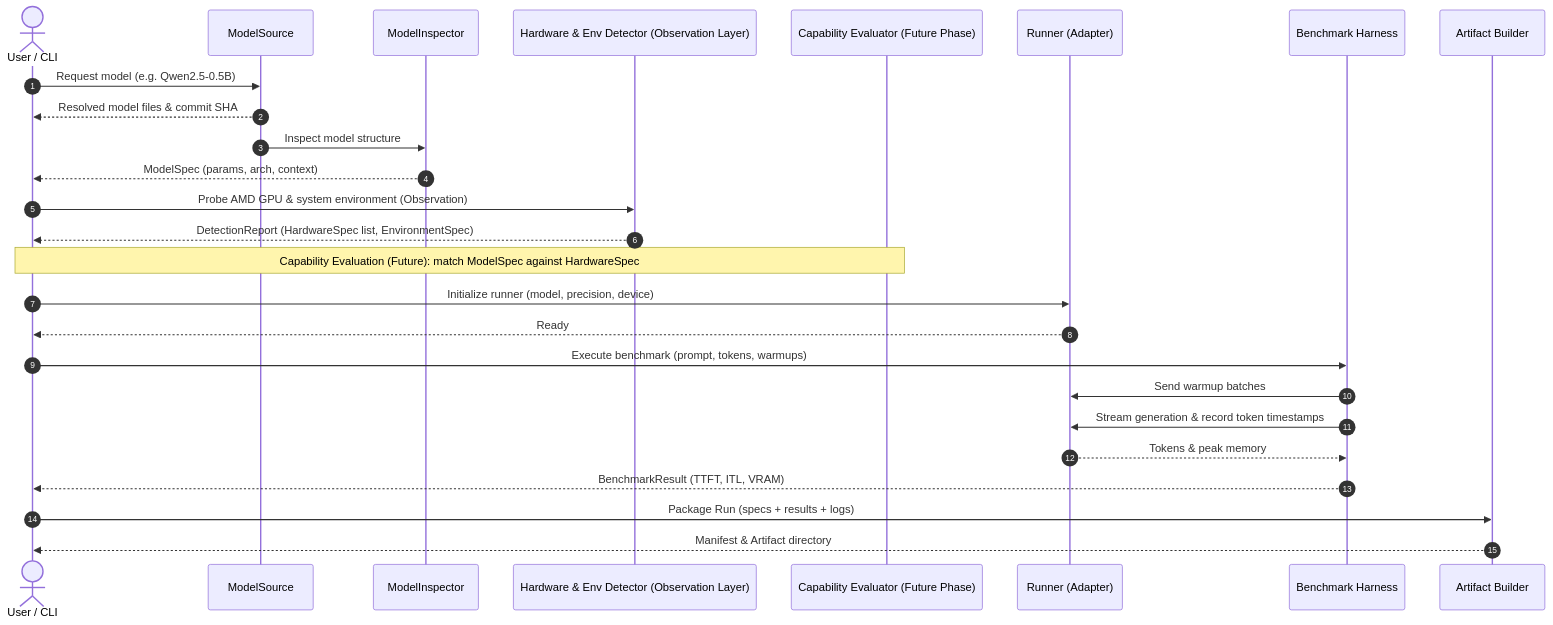
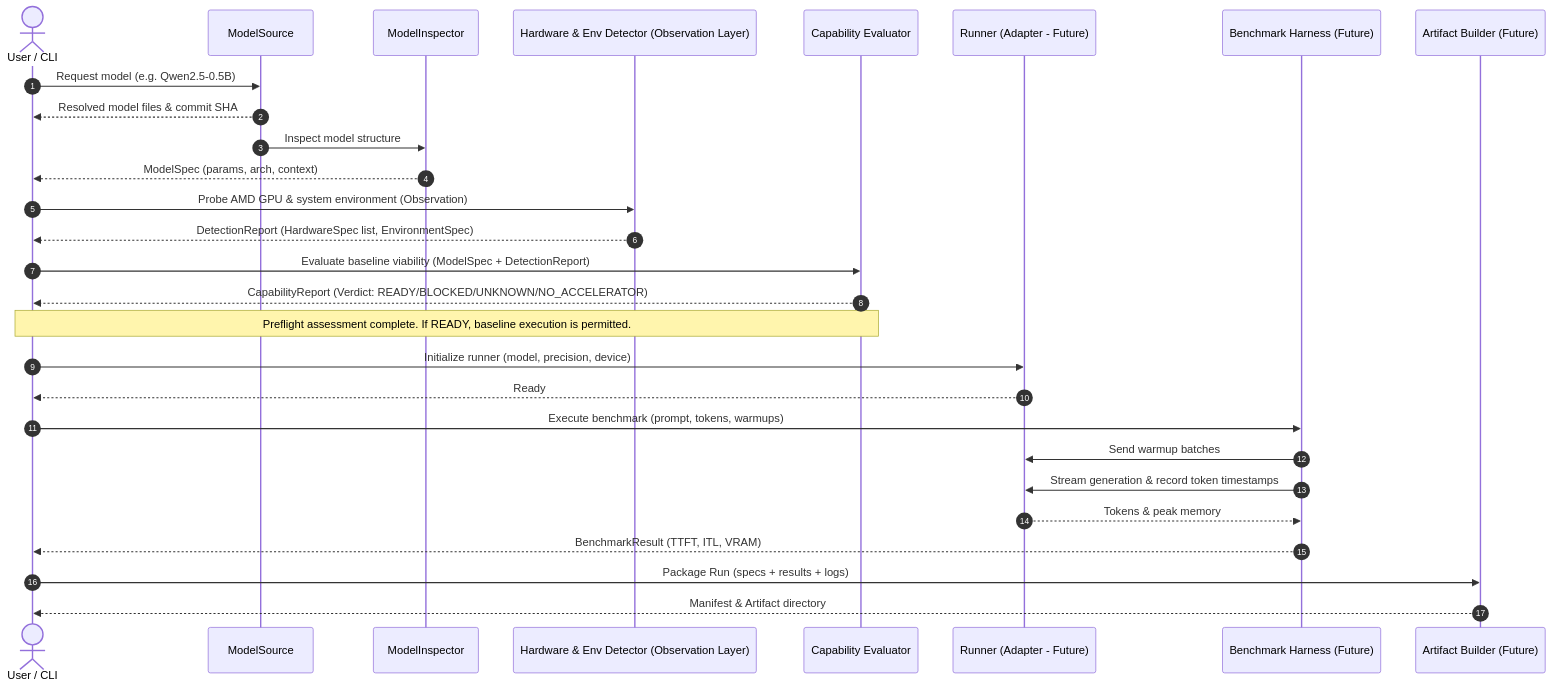
Before and after one commit to RocmHub/RocmHub: the diagram in ARCHITECTURE.md, drawn with Mermaid. The commit also changed other lines of this file and 10 other files, not shown here.

Commit message:
feat(capabilities): implement preflight capability evaluation, rocmhub check CLI, and non-binary verdicts

````diff
--- a/ARCHITECTURE.md
+++ b/ARCHITECTURE.md
@@ -261,29 +289,31 @@
 ```mermaid
 sequenceDiagram
     autonumber
     actor User as User / CLI
     participant Source as ModelSource
     participant Insp as ModelInspector
     participant Env as Hardware & Env Detector (Observation Layer)
-    participant Compat as Capability Evaluator (Future Phase)
-    participant Run as Runner (Adapter)
-    participant Bench as Benchmark Harness
-    participant Art as Artifact Builder
+    participant Eval as Capability Evaluator
+    participant Run as Runner (Adapter - Future)
+    participant Bench as Benchmark Harness (Future)
+    participant Art as Artifact Builder (Future)
 
     User->>Source: Request model (e.g. Qwen2.5-0.5B)
     Source-->>User: Resolved model files & commit SHA
     Source->>Insp: Inspect model structure
     Insp-->>User: ModelSpec (params, arch, context)
     User->>Env: Probe AMD GPU & system environment (Observation)
     Env-->>User: DetectionReport (HardwareSpec list, EnvironmentSpec)
-    Note over User,Compat: Capability Evaluation (Future): match ModelSpec against HardwareSpec
+    User->>Eval: Evaluate baseline viability (ModelSpec + DetectionReport)
+    Eval-->>User: CapabilityReport (Verdict: READY/BLOCKED/UNKNOWN/NO_ACCELERATOR)
+    Note over User,Eval: Preflight assessment complete. If READY, baseline execution is permitted.
     User->>Run: Initialize runner (model, precision, device)
     Run-->>User: Ready
     User->>Bench: Execute benchmark (prompt, tokens, warmups)
     Bench->>Run: Send warmup batches
     Bench->>Run: Stream generation & record token timestamps
     Run-->>Bench: Tokens & peak memory
     Bench-->>User: BenchmarkResult (TTFT, ITL, VRAM)
     User->>Art: Package Run (specs + results + logs)
     Art-->>User: Manifest & Artifact directory
 ```
````
